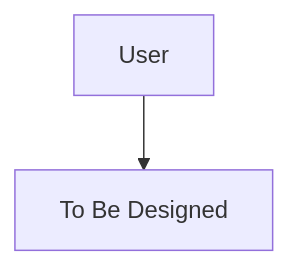
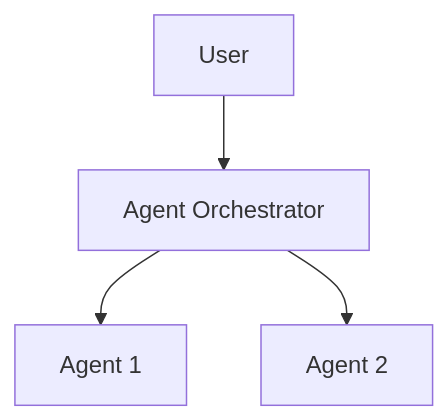
Before and after one commit to mira5557373/bmad-bam: the diagram in src/data/templates/sidecar-architecture-decisions.md, drawn with Mermaid. The commit also changed 508 other files, not shown here.

First line of the commit message:
feat: Complete NEXUS 40-Layer Architecture and BMM remediation

````diff
--- a/src/data/templates/sidecar-architecture-decisions.md
+++ b/src/data/templates/sidecar-architecture-decisions.md
@@ -99,4 +99,6 @@
 ```mermaid
 graph TD
-  User --> TBD[To Be Designed]
+  User --> Orchestrator[Agent Orchestrator]
+  Orchestrator --> Agent1[Agent 1]
+  Orchestrator --> Agent2[Agent 2]
 ```
````
